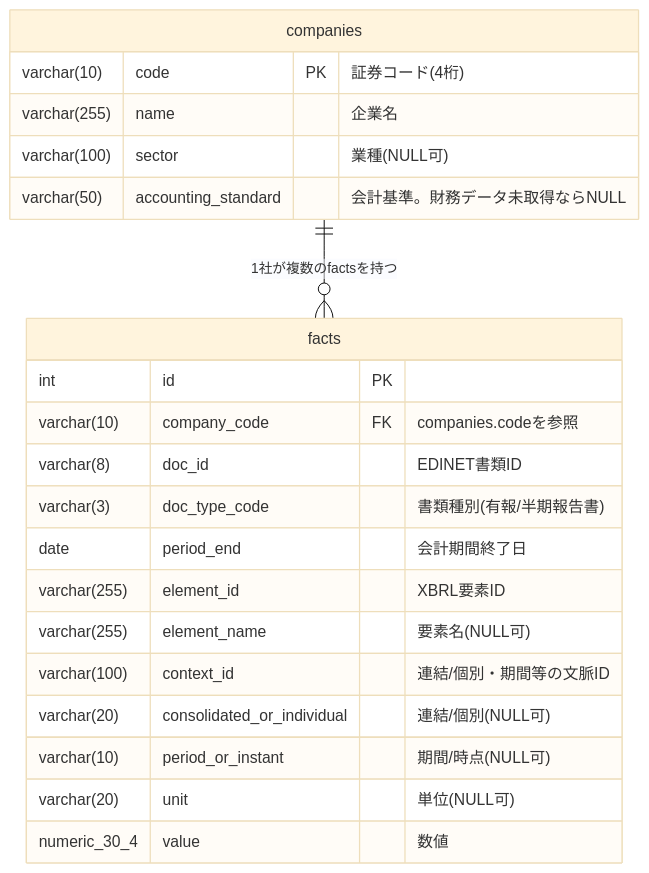
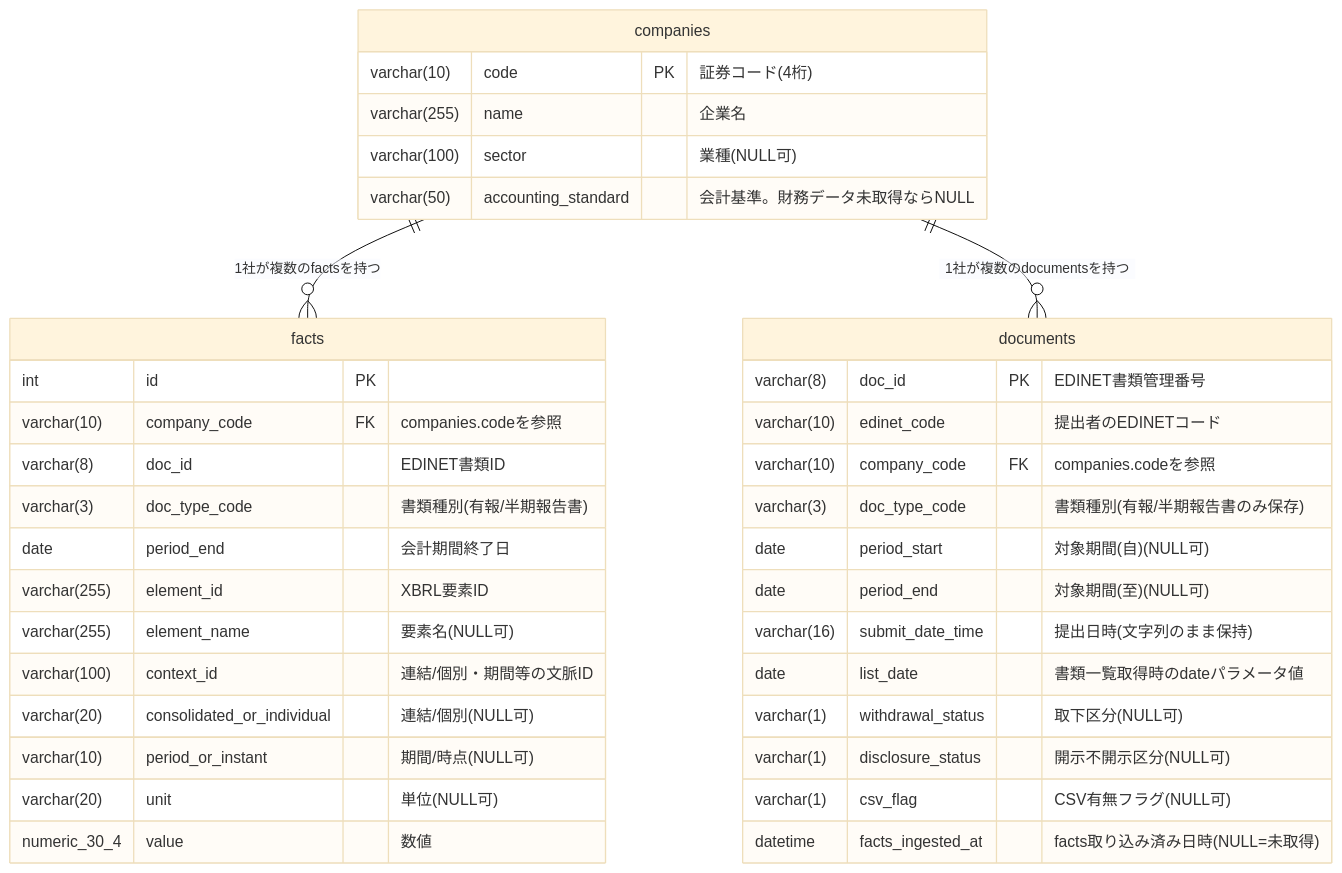
One commit to nakajinbee/finance-report changed the diagram in docs/design/table/er_diagram.md. Above: the diagram before and after it, drawn with Mermaid (base theme). The commit also changed other lines of this file and 25 other files, not shown here.

````diff
--- a/docs/design/table/er_diagram.md
+++ b/docs/design/table/er_diagram.md
@@ -7,26 +7,42 @@
 ```mermaid
 erDiagram
     companies ||--o{ facts : "1社が複数のfactsを持つ"
+    companies ||--o{ documents : "1社が複数のdocumentsを持つ"
 
     companies {
         varchar(10) code PK "証券コード(4桁)"
         varchar(255) name "企業名"
         varchar(100) sector "業種(NULL可)"
         varchar(50) accounting_standard "会計基準。財務データ未取得ならNULL"
     }
 
     facts {
         int id PK
         varchar(10) company_code FK "companies.codeを参照"
         varchar(8) doc_id "EDINET書類ID"
         varchar(3) doc_type_code "書類種別(有報/半期報告書)"
         date period_end "会計期間終了日"
         varchar(255) element_id "XBRL要素ID"
         varchar(255) element_name "要素名(NULL可)"
         varchar(100) context_id "連結/個別・期間等の文脈ID"
         varchar(20) consolidated_or_individual "連結/個別(NULL可)"
         varchar(10) period_or_instant "期間/時点(NULL可)"
         varchar(20) unit "単位(NULL可)"
         numeric_30_4 value "数値"
     }
+
+    documents {
+        varchar(8) doc_id PK "EDINET書類管理番号"
+        varchar(10) edinet_code "提出者のEDINETコード"
+        varchar(10) company_code FK "companies.codeを参照"
+        varchar(3) doc_type_code "書類種別(有報/半期報告書のみ保存)"
+        date period_start "対象期間(自)(NULL可)"
+        date period_end "対象期間(至)(NULL可)"
+        varchar(16) submit_date_time "提出日時(文字列のまま保持)"
+        date list_date "書類一覧取得時のdateパラメータ値"
+        varchar(1) withdrawal_status "取下区分(NULL可)"
+        varchar(1) disclosure_status "開示不開示区分(NULL可)"
+        varchar(1) csv_flag "CSV有無フラグ(NULL可)"
+        datetime facts_ingested_at "facts取り込み済み日時(NULL=未取得)"
+    }
 ```
````
